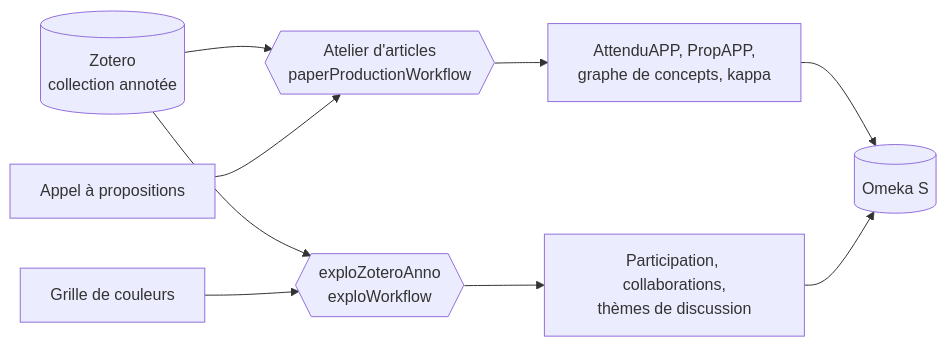
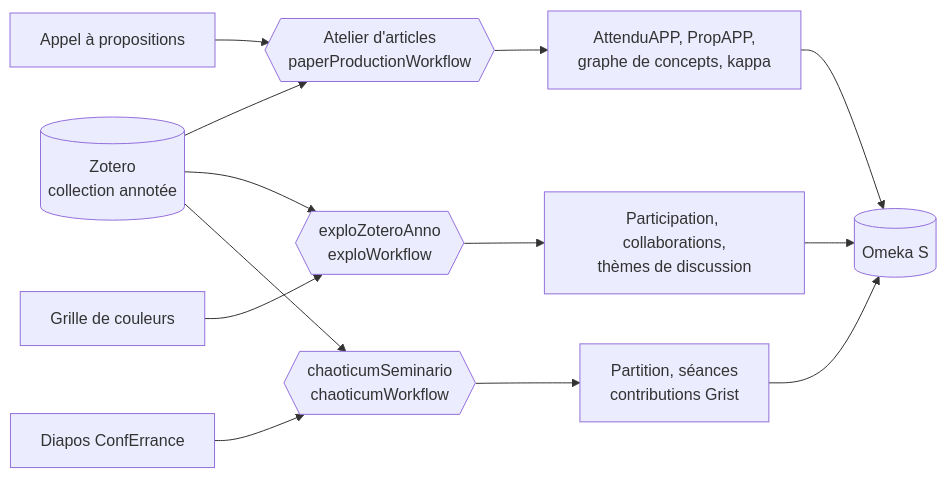
Before and after one commit to samszo/ecosysteme-agents-recherche: the diagram in README.md, drawn with Mermaid. The commit also changed other lines of this file and 47 other files, not shown here.

First line of the commit message:
feat: add chaoticum workflow and reporting features

````diff
--- a/README.md
+++ b/README.md
@@ -29,10 +32,13 @@
 ```mermaid
 flowchart LR
     Z[(Zotero<br/>collection annotée)] --> W1{{Atelier d'articles<br/>paperProductionWorkflow}}
     AAP[Appel à propositions] --> W1
     Z --> W2{{exploZoteroAnno<br/>exploWorkflow}}
     GR[Grille de couleurs] --> W2
     W1 --> R1[AttenduAPP, PropAPP,<br/>graphe de concepts, kappa]
     W2 --> R2[Participation, collaborations,<br/>thèmes de discussion]
-    R1 & R2 --> O[(Omeka S)]
+    Z --> W3{{chaoticumSeminario<br/>chaoticumWorkflow}}
+    CE[Diapos ConfErrance] --> W3
+    W3 --> R3[Partition, séances<br/>contributions Grist]
+    R1 & R2 & R3 --> O[(Omeka S)]
 ```
````
